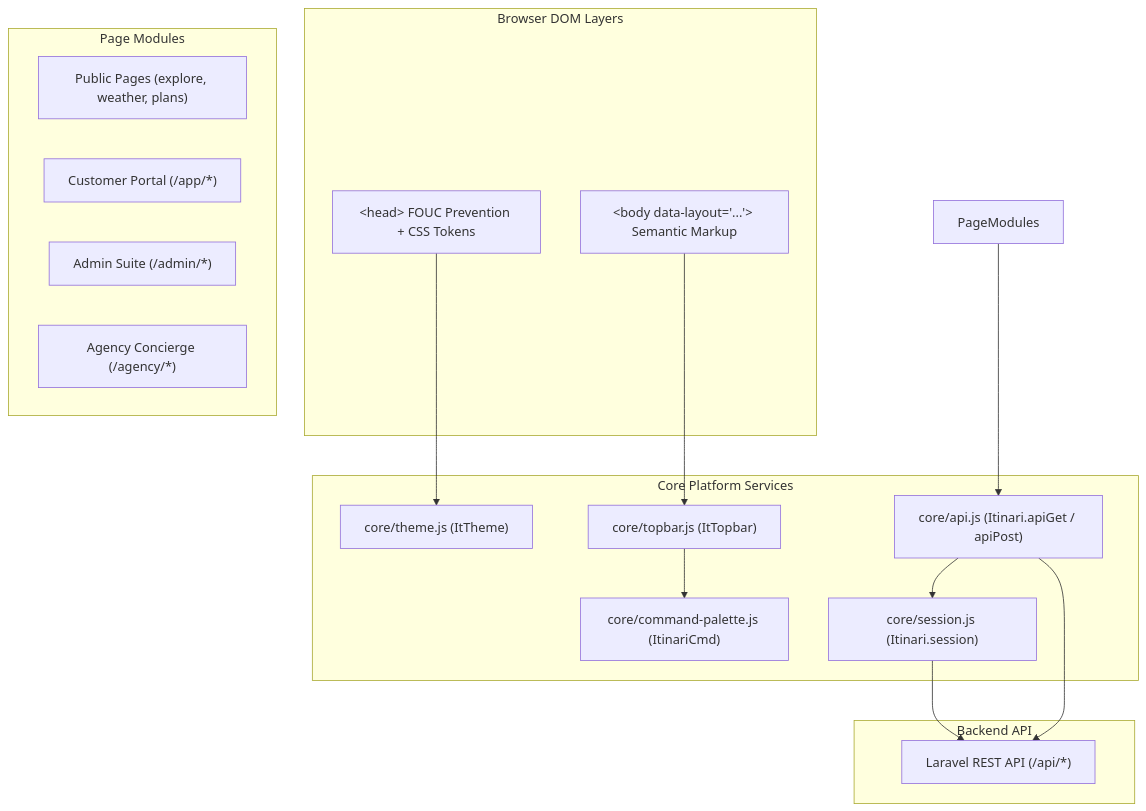
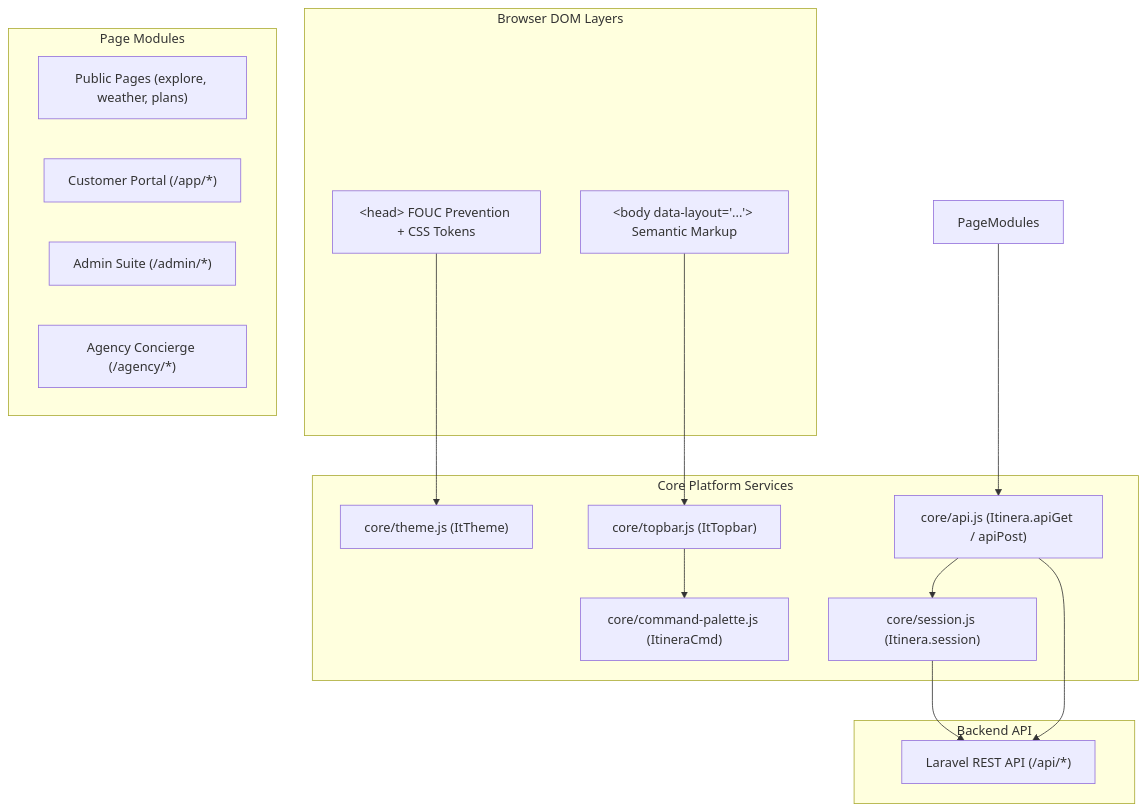
The diagram in docs/frontend-audit/phase-1-architecture.md (AhmedTyson/Team2-Conference-Project), drawn with Mermaid before and after one commit. The commit also changed other lines of this file and 294 other files, not shown here.

First line of the commit message:
rebrand: itinari -> itinera across the entire codebase

````diff
--- a/docs/frontend-audit/phase-1-architecture.md
+++ b/docs/frontend-audit/phase-1-architecture.md
@@ -14,34 +14,34 @@
 ```mermaid
 graph TD
     subgraph Browser DOM Layers
         Head["&lt;head&gt; FOUC Prevention + CSS Tokens"]
         Body["&lt;body data-layout='...'&gt; Semantic Markup"]
     end
 
     subgraph Core Platform Services
         ThemeEngine["core/theme.js (ItTheme)"]
         TopbarEngine["core/topbar.js (ItTopbar)"]
-        CmdPalette["core/command-palette.js (ItinariCmd)"]
-        SessionMgr["core/session.js (Itinari.session)"]
-        ApiClient["core/api.js (Itinari.apiGet / apiPost)"]
+        CmdPalette["core/command-palette.js (ItineraCmd)"]
+        SessionMgr["core/session.js (Itinera.session)"]
+        ApiClient["core/api.js (Itinera.apiGet / apiPost)"]
     end
 
     subgraph Page Modules
         PublicPages["Public Pages (explore, weather, plans)"]
         CustomerApp["Customer Portal (/app/*)"]
         AdminSuite["Admin Suite (/admin/*)"]
         AgencyDesk["Agency Concierge (/agency/*)"]
     end
 
     subgraph Backend API
         LaravelAPI["Laravel REST API (/api/*)"]
     end
 
     Head --> ThemeEngine
     Body --> TopbarEngine
     TopbarEngine --> CmdPalette
     PageModules --> ApiClient
     ApiClient --> SessionMgr
     SessionMgr --> LaravelAPI
     ApiClient --> LaravelAPI
 ```
````
